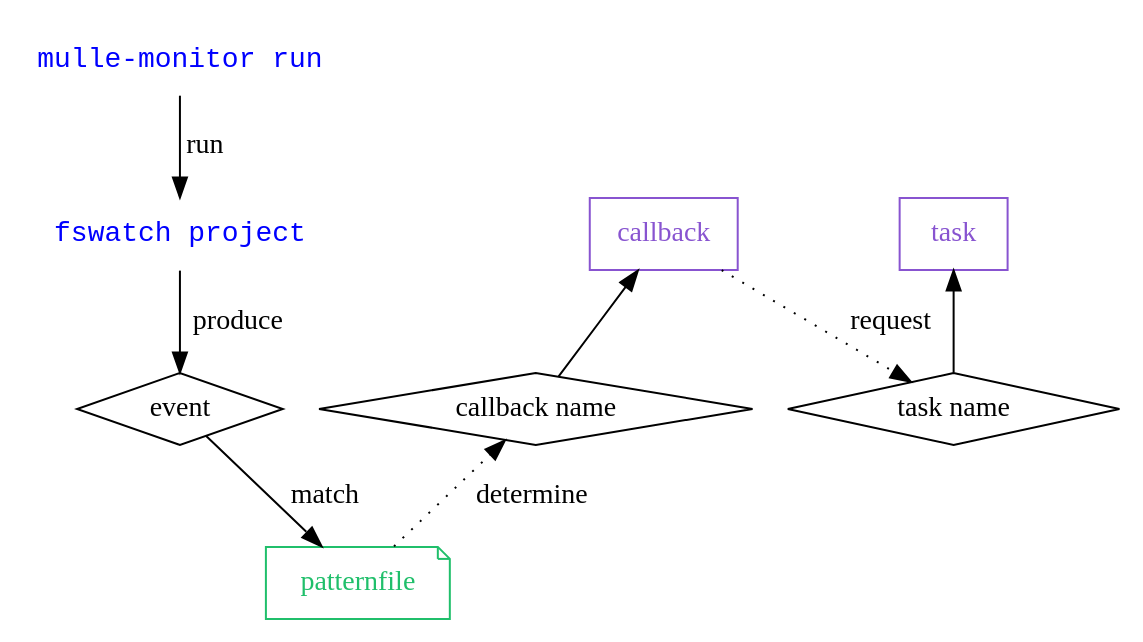
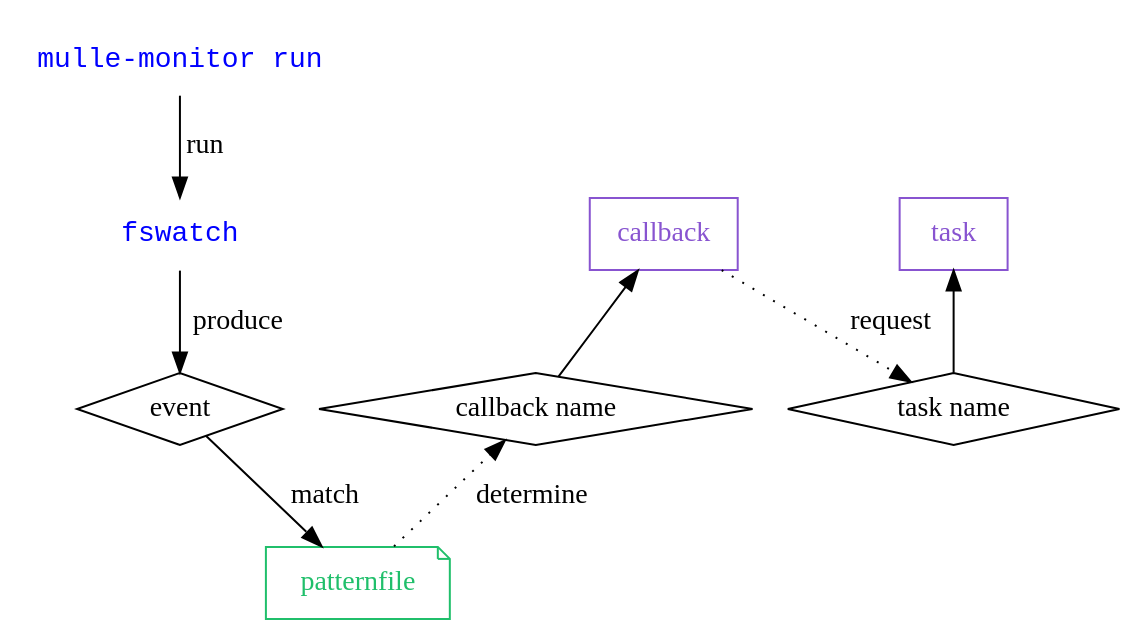
Before and after one commit to mulle-sde/mulle-match: the diagram in dox/mulle-monitor-run.dot, drawn with Graphviz. The commit also changed 2 other files, not shown here.

```diff
--- a/dox/mulle-monitor-run.dot
+++ b/dox/mulle-monitor-run.dot
@@ -1,26 +1,26 @@
 digraph G {
     graph [rankdir = TD];
 
     { rank="same"; "mulle-monitor run" }
     { rank="same"; "event", "task name", "callback name" }
-    { rank="same"; "fswatch project", "callback", "task" }
+    { rank="same"; "fswatch", "callback", "task" }
     { rank="same"; "patternfile" }
 
     "mulle-monitor run"   [ shape="none", fontcolor="blue", fontname="monospace"]
-    "fswatch project"     [ shape="none", fontcolor="blue", fontname="monospace"]
+    "fswatch"     [ shape="none", fontcolor="blue", fontname="monospace"]
 
-    "mulle-monitor run" -> "fswatch project" [ label="run" ]
-    "fswatch project"   -> event             [ label="produce" ]
+    "mulle-monitor run" -> "fswatch" [ label="run" ]
+    "fswatch"   -> event             [ label="produce" ]
     event -> "patternfile"                 [ label="match" ]
     "callback name" -> "callback"        [ label="" ]
     "task name"  -> "task"               [ label="" ]
     patternfile -> "callback name"       [ label="determine", style="dotted"]
     callback -> "task name"              [ label="request", style="dotted" ]
 
     event [ shape="diamond"]
     "callback name" [ shape="diamond"]
     "task name" [ shape="diamond"]
     patternfile [ shape="note", color="#20bf6b", fontcolor="#20bf6b" ]
     callback [ shape="record", color="#8854d0", fontcolor="#8854d0" ]
     task [ shape="record", color="#8854d0", fontcolor="#8854d0"]
 }
```
